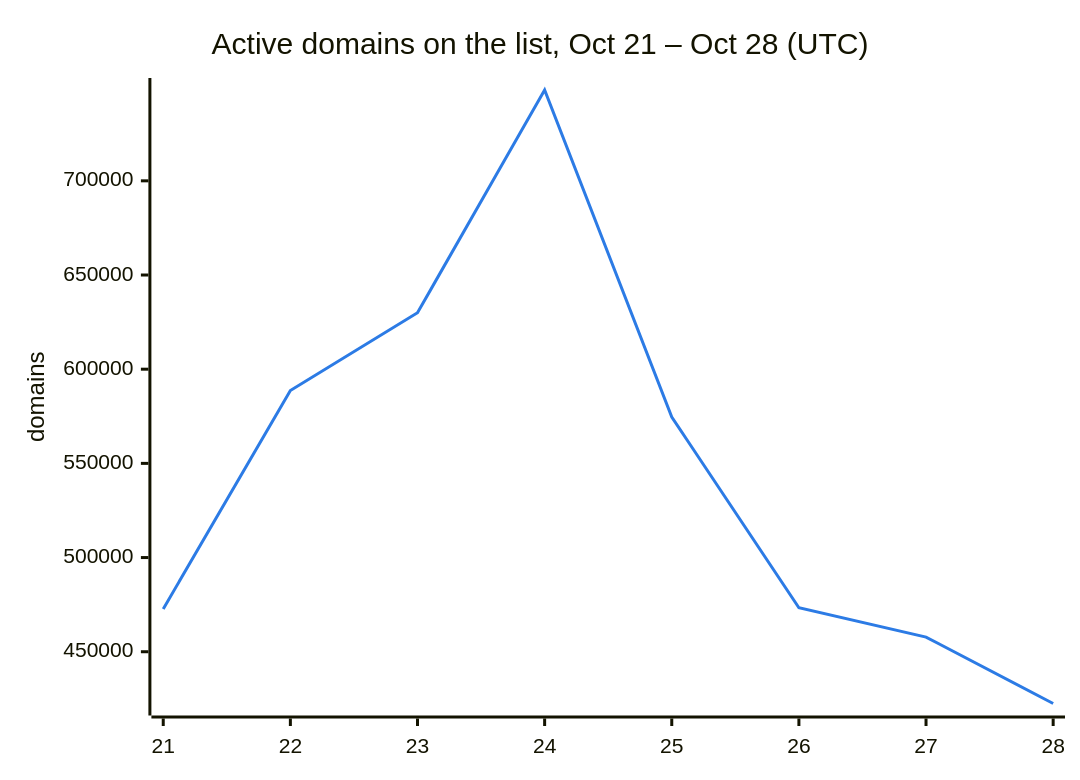
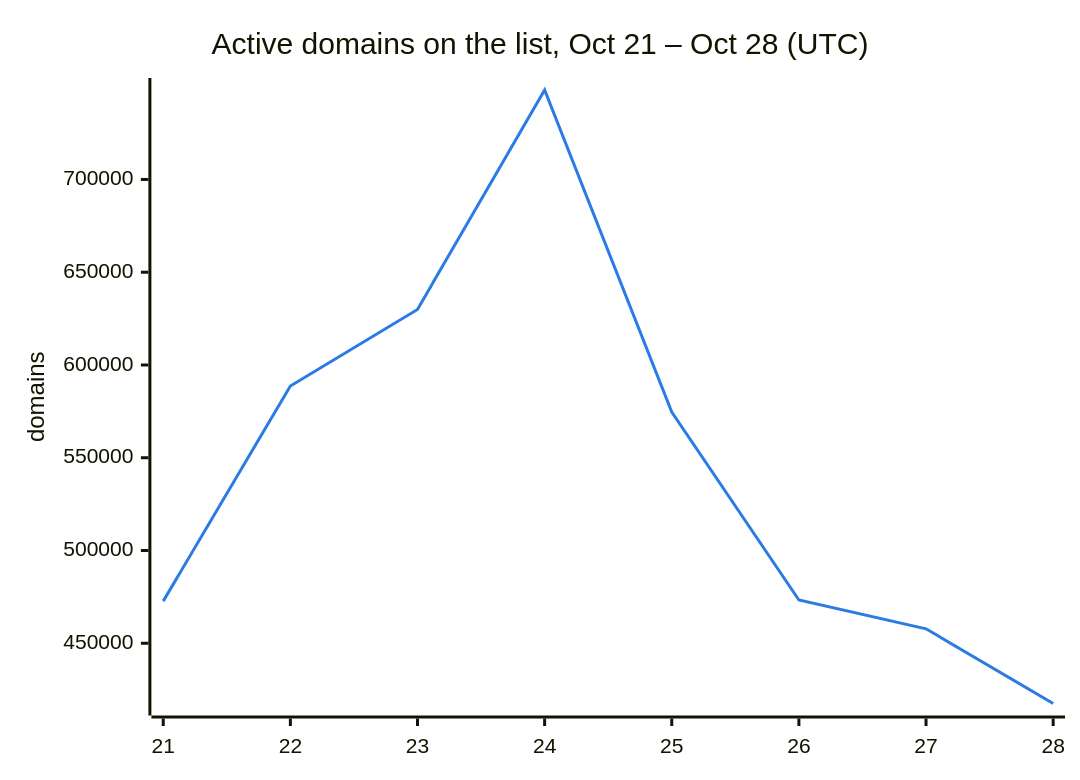
The second of 3 diagrams in README.md (DNSBunker/CTI), drawn with Mermaid before and after one commit. The commit also changed other lines of this file and 3 other files, not shown here.

````diff
--- a/README.md
+++ b/README.md
@@ -38,8 +38,8 @@
 ```mermaid
 %%{init: {"themeVariables": {"xyChart": {"plotColorPalette": "#2c7be5"}}}}%%
 xychart-beta
     title "Active domains on the list, Oct 21 – Oct 28 (UTC)"
     x-axis ["21", "22", "23", "24", "25", "26", "27", "28"]
     y-axis "domains"
-    line [472713, 588659, 629951, 748222, 574614, 473331, 457795, 422519]
+    line [472713, 588659, 629951, 748222, 574614, 473331, 457795, 417527]
 ```
````
